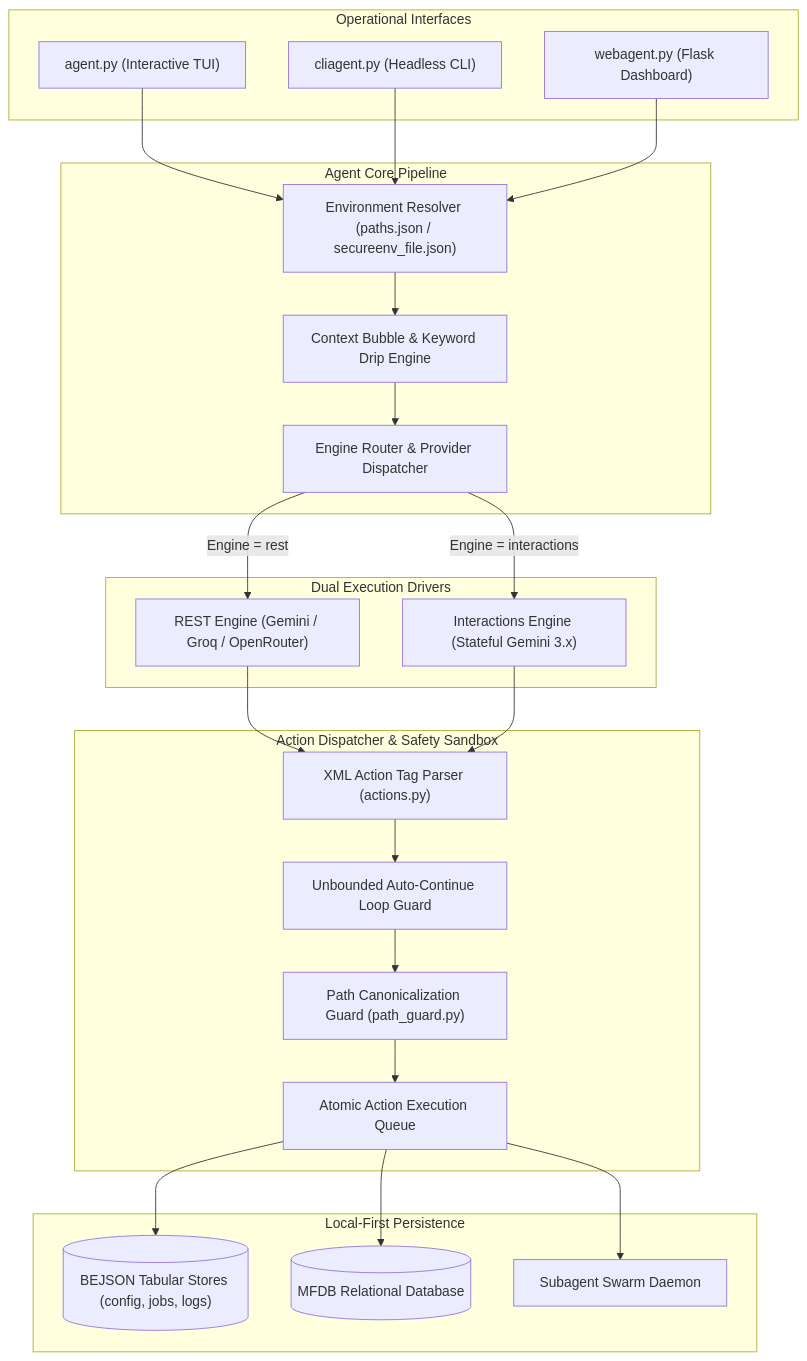
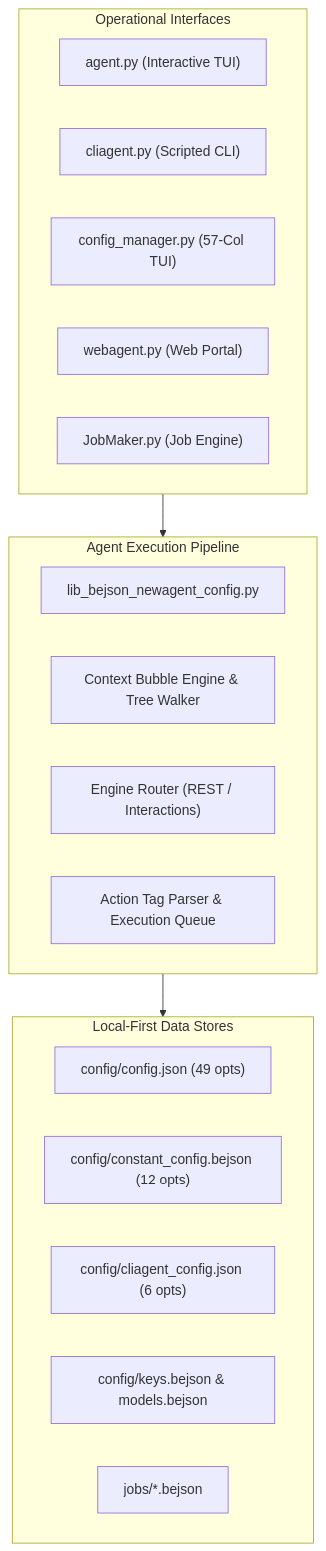
The diagram in README.md (boehnenelton/NewAgent), drawn with Mermaid before and after one commit. The commit also changed other lines of this file and 228 other files, not shown here.

Commit message:
v3.46.0: Audit webagent.py and agent.py, add gated modular service abstraction layers, full 67-option UI config control, and sync Core 104 libraries

````diff
--- a/README.md
+++ b/README.md
@@ -89,53 +225,28 @@
 ```mermaid
 flowchart TD
     subgraph UI ["Operational Interfaces"]
         TUI["agent.py (Interactive TUI)"]
-        CLI["cliagent.py (Headless CLI)"]
-        WEB["webagent.py (Flask Dashboard)"]
+        CLI["cliagent.py (Scripted CLI)"]
+        CFG["config_manager.py (57-Col TUI)"]
+        WEB["webagent.py (Web Portal)"]
+        JOB["JobMaker.py (Job Engine)"]
     end
 
-    subgraph Core ["Agent Core Pipeline"]
-        EnvResolver["Environment Resolver (paths.json / secureenv_file.json)"]
-        ContextBubble["Context Bubble & Keyword Drip Engine"]
-        EngineRouter["Engine Router & Provider Dispatcher"]
+    subgraph CorePipeline ["Agent Execution Pipeline"]
+        CfgMgr["lib_bejson_newagent_config.py"]
+        Bubble["Context Bubble Engine & Tree Walker"]
+        Router["Engine Router (REST / Interactions)"]
+        ActionQueue["Action Tag Parser & Execution Queue"]
     end
 
-    subgraph Engines ["Dual Execution Drivers"]
-        RESTDriver["REST Engine (Gemini / Groq / OpenRouter)"]
-        InteractionsDriver["Interactions Engine (Stateful Gemini 3.x)"]
+    subgraph Persistence ["Local-First Data Stores"]
+        MainCfg["config/config.json (49 opts)"]
+        BubbleCfg["config/constant_config.bejson (12 opts)"]
+        CliCfg["config/cliagent_config.json (6 opts)"]
+        KeyReg["config/keys.bejson & models.bejson"]
+        JobsDir["jobs/*.bejson"]
     end
 
-    subgraph Execution ["Action Dispatcher & Safety Sandbox"]
-        ActionParser["XML Action Tag Parser (actions.py)"]
-        PathGuard["Path Canonicalization Guard (path_guard.py)"]
-        ActionExec["Atomic Action Execution Queue"]
-        AutoGuard["Unbounded Auto-Continue Loop Guard"]
-    end
-
-    subgraph Storage ["Local-First Persistence"]
-        BEJSONStore[("BEJSON Tabular Stores (config, jobs, logs)")]
-        MFDBStore[("MFDB Relational Database")]
-        SubagentRuntime["Subagent Swarm Daemon"]
-    end
-
-    TUI --> EnvResolver
-    CLI --> EnvResolver
-    WEB --> EnvResolver
-
-    EnvResolver --> ContextBubble
-    ContextBubble --> EngineRouter
-
-    EngineRouter -->|Engine = rest| RESTDriver
-    EngineRouter -->|Engine = interactions| InteractionsDriver
-
-    RESTDriver --> ActionParser
-    InteractionsDriver --> ActionParser
-
-    ActionParser --> AutoGuard
-    AutoGuard --> PathGuard
-    PathGuard --> ActionExec
-
-    ActionExec --> BEJSONStore
-    ActionExec --> MFDBStore
-    ActionExec --> SubagentRuntime
+    UI --> CorePipeline
+    CorePipeline --> Persistence
 ```
````
